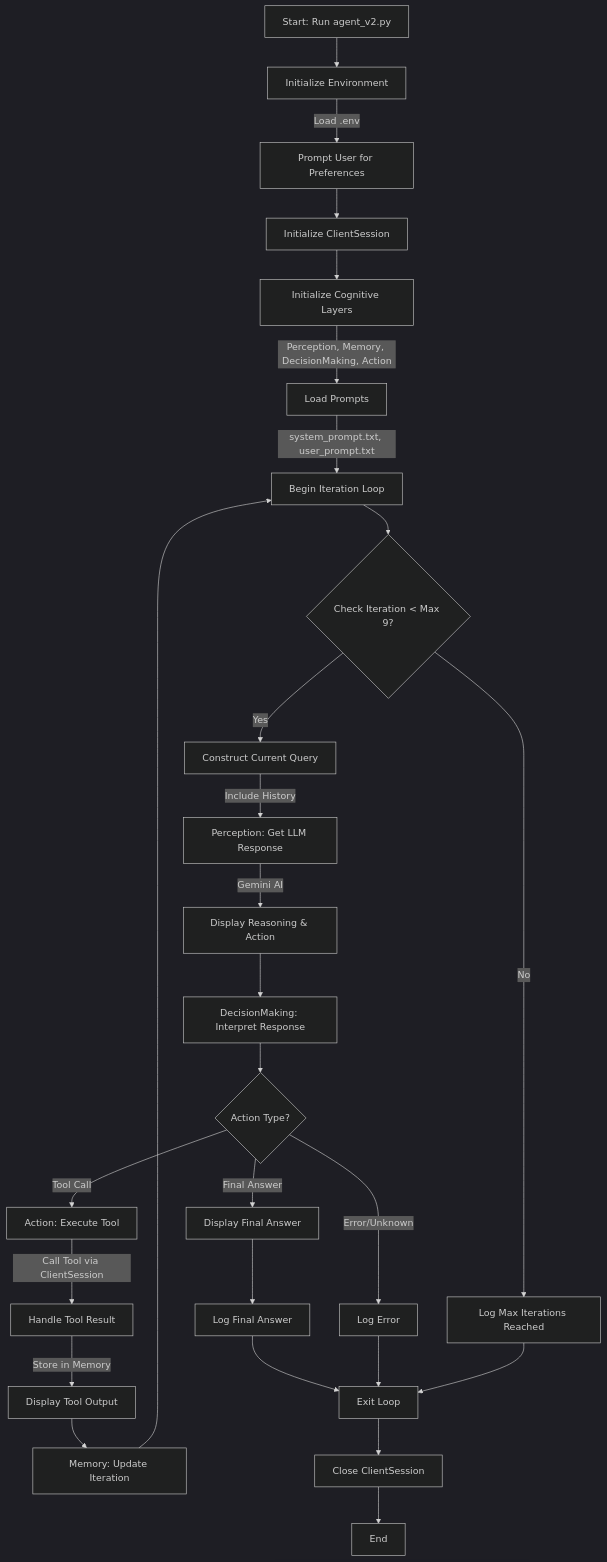
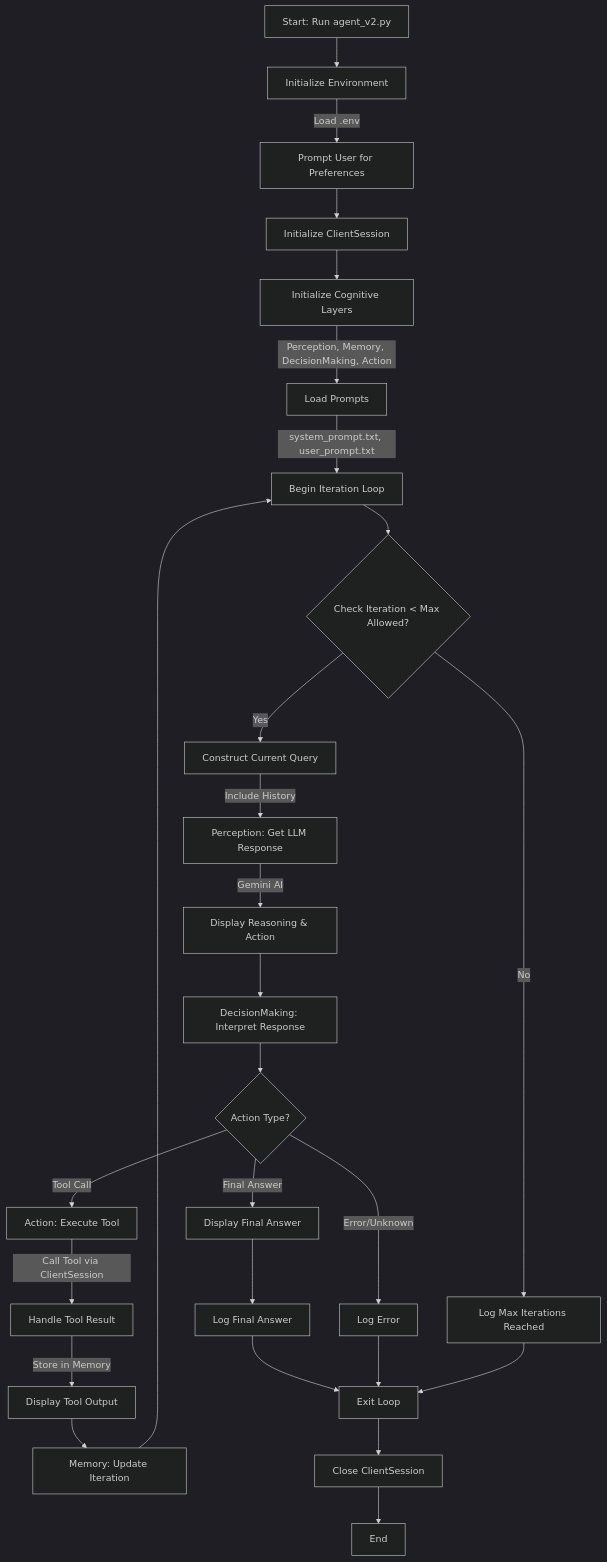
One commit to acbhole/tsai_eag changed the diagram in assignment6/README.md. Above: the diagram before and after it, drawn with Mermaid (dark theme). The commit also changed other lines of this file, not shown here.

````diff
--- a/assignment6/README.md
+++ b/assignment6/README.md
@@ -21,35 +50,36 @@
 ```mermaid
 graph TD
     A[Start: Run agent_v2.py] --> B[Initialize Environment]
     B -->|Load .env| C[Prompt User for Preferences]
     C --> D[Initialize ClientSession]
     D --> E[Initialize Cognitive Layers]
     E -->|Perception, Memory, DecisionMaking, Action| F[Load Prompts]
     F -->|system_prompt.txt, user_prompt.txt| G[Begin Iteration Loop]
     
-    G --> H{Check Iteration < Max 9?}
+    G --> H{Check Iteration < Max Allowed?}
     H -->|Yes| I[Construct Current Query]
     I -->|Include History| J[Perception: Get LLM Response]
     J -->|Gemini AI| K[Display Reasoning & Action]
     K --> L[DecisionMaking: Interpret Response]
     
     L --> M{Action Type?}
     M -->|Tool Call| N[Action: Execute Tool]
     N -->|Call Tool via ClientSession| O[Handle Tool Result]
     O -->|Store in Memory| P[Display Tool Output]
     P --> Q[Memory: Update Iteration]
     Q --> G
     
     M -->|Final Answer| R[Display Final Answer]
     R --> S[Log Final Answer]
     S --> T[Exit Loop]
     
     M -->|Error/Unknown| U[Log Error]
     U --> T
     
     H -->|No| V[Log Max Iterations Reached]
     V --> T
     
     T --> W[Close ClientSession]
     W --> X[End]
+    
 ```
````
